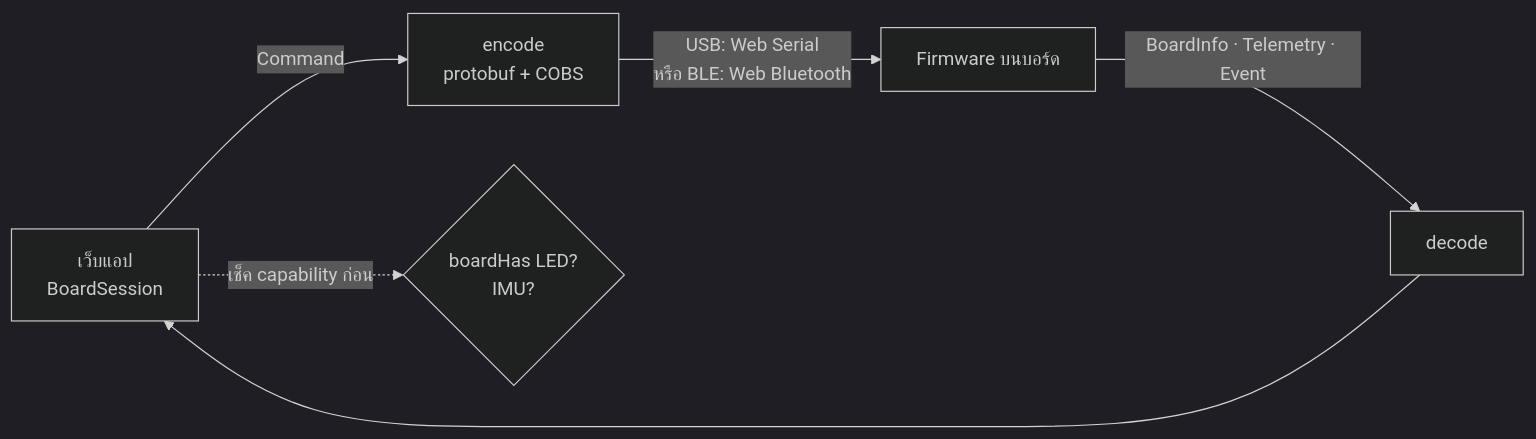
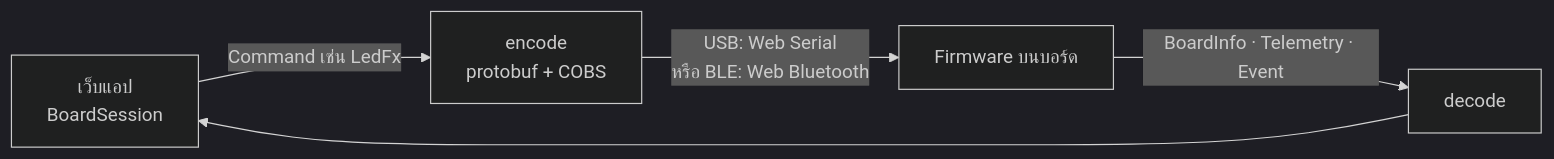
Before and after one commit to Taopoon/kmutt-nd69-learning-notes: the first of 2 diagrams in nd2/04-onsite-hardware-interface.md, drawn with Mermaid (dark theme). The commit also changed other lines of this file, not shown here.

````diff
--- a/nd2/04-onsite-hardware-interface.md
+++ b/nd2/04-onsite-hardware-interface.md
@@ -25,8 +133,7 @@
 ```mermaid
 flowchart LR
-    APP[เว็บแอป<br/>BoardSession] -->|Command| ENC[encode<br/>protobuf + COBS]
+    APP[เว็บแอป<br/>BoardSession] -->|Command เช่น LedFx| ENC[encode<br/>protobuf + COBS]
     ENC -->|USB: Web Serial<br/>หรือ BLE: Web Bluetooth| FW[Firmware บนบอร์ด]
     FW -->|BoardInfo · Telemetry · Event| DEC[decode]
     DEC --> APP
-    APP -. เช็ค capability ก่อน .-> CAP{boardHas LED?<br/>IMU?}
 ```
````
